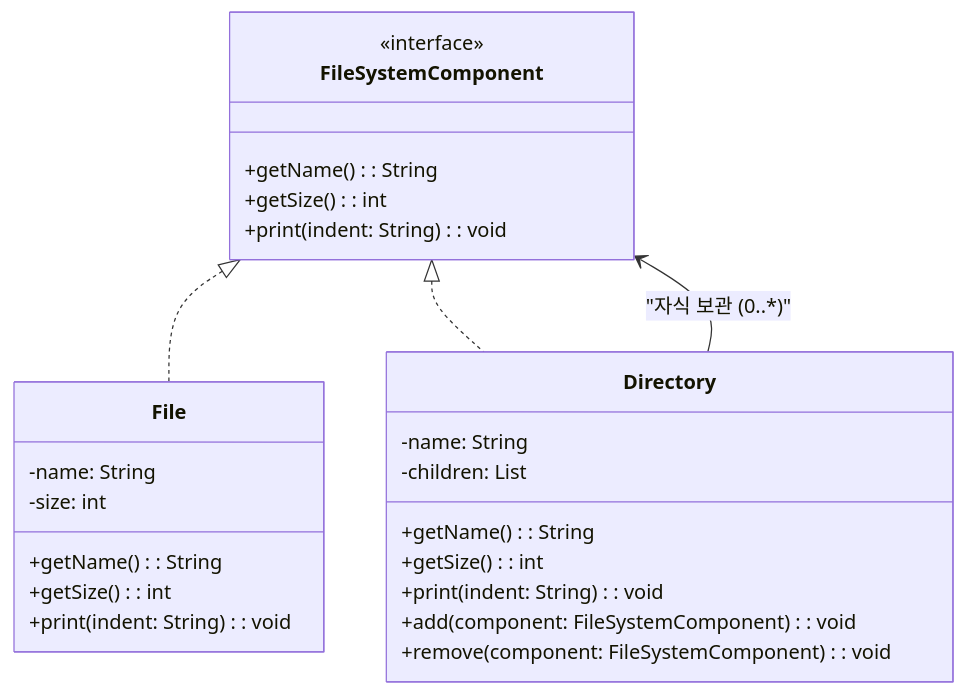
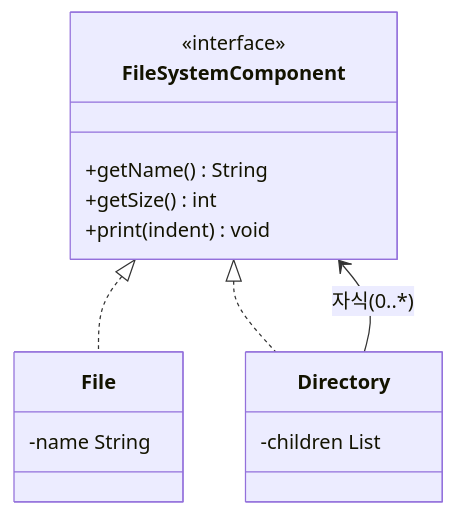
Before and after one commit to yjkim2015/yjkim2015.github.io: the first of 2 diagrams in _posts/designPattern/2022-01-20-CompositePattern.md, drawn with Mermaid. The commit also changed other lines of this file and 215 other files, not shown here.

First line of the commit message:
신규 포스트 10개 추가 + Mermaid 전면 축소 + SystemDesign 시리즈 보강

````diff
--- a/_posts/designPattern/2022-01-20-CompositePattern.md
+++ b/_posts/designPattern/2022-01-20-CompositePattern.md
@@ -40,29 +40,14 @@
 ```mermaid
 classDiagram
     class FileSystemComponent {
         <<interface>>
-        +getName(): String
-        +getSize(): int
-        +print(indent: String): void
+        +getName() String
+        +getSize() int
+        +print(indent) void
     }
-    class File {
-        -name: String
-        -size: int
-        +getName(): String
-        +getSize(): int
-        +print(indent: String): void
-    }
-    class Directory {
-        -name: String
-        -children: List
-        +getName(): String
-        +getSize(): int
-        +print(indent: String): void
-        +add(component: FileSystemComponent): void
-        +remove(component: FileSystemComponent): void
-    }
-
+    class File { -name String }
+    class Directory { -children List }
     FileSystemComponent <|.. File
     FileSystemComponent <|.. Directory
-    Directory --> FileSystemComponent : "자식 보관 (0..*)"
+    Directory --> FileSystemComponent : 자식(0..*)
 ```
````
